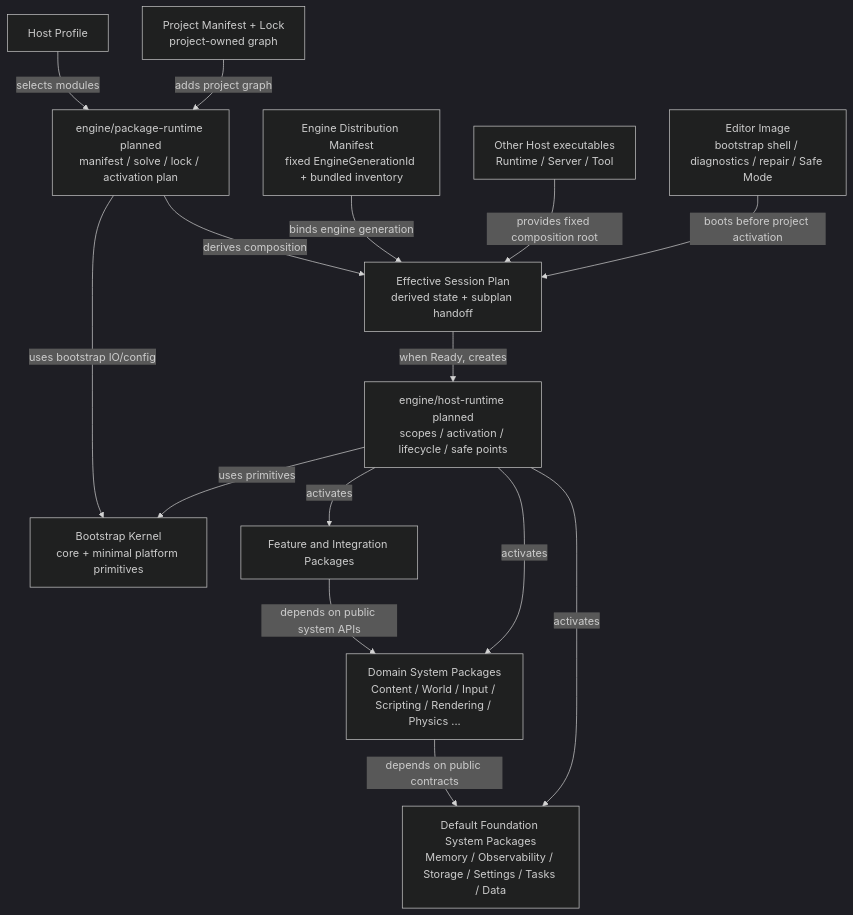
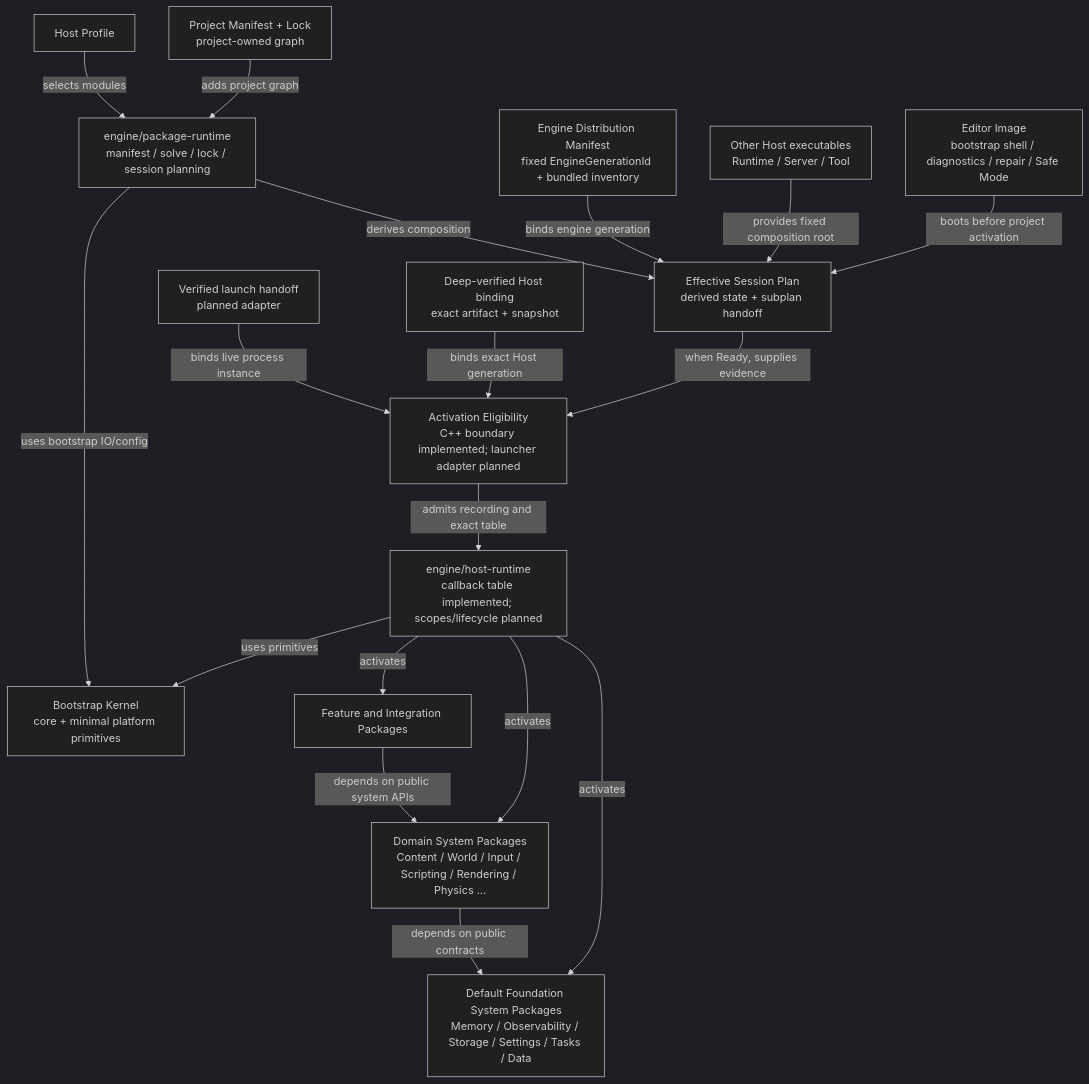
One commit to 66six11/Engine changed the first of 4 diagrams in docs/architecture/foundation-framework.md. Above: the diagram before and after it, drawn with Mermaid (dark theme). The commit also changed other lines of this file and 32 other files, not shown here.

Commit message:
feat: admit current-process factory activation

````diff
--- a/docs/architecture/foundation-framework.md
+++ b/docs/architecture/foundation-framework.md
@@ -27,30 +27,36 @@
 ```mermaid
 flowchart TB
     EditorImage["Editor Image\nbootstrap shell / diagnostics / repair / Safe Mode"]
     Apps["Other Host executables\nRuntime / Server / Tool"]
     Distribution["Engine Distribution Manifest\nfixed EngineGenerationId + bundled inventory"]
     Project["Project Manifest + Lock\nproject-owned graph"]
     Profile["Host Profile"]
     Session["Effective Session Plan\nderived state + subplan handoff"]
-    Host["engine/host-runtime planned\nscopes / activation / lifecycle / safe points"]
-    Package["engine/package-runtime planned\nmanifest / solve / lock / activation plan"]
+    Binding["Deep-verified Host binding\nexact artifact + snapshot"]
+    Launch["Verified launch handoff\nplanned adapter"]
+    Eligibility["Activation Eligibility\nC++ boundary implemented; launcher adapter planned"]
+    Host["engine/host-runtime\ncallback table implemented; scopes/lifecycle planned"]
+    Package["engine/package-runtime\nmanifest / solve / lock / session planning"]
     Kernel["Bootstrap Kernel\ncore + minimal platform primitives"]
     Foundation["Default Foundation System Packages\nMemory / Observability / Storage / Settings / Tasks / Data"]
     Domain["Domain System Packages\nContent / World / Input / Scripting / Rendering / Physics ..."]
     Features["Feature and Integration Packages"]
 
     EditorImage -->|boots before project activation| Session
     Apps -->|provides fixed composition root| Session
     Distribution -->|binds engine generation| Session
     Project -->|adds project graph| Package
     Profile -->|selects modules| Package
     Package -->|derives composition| Session
-    Session -->|when Ready, creates| Host
+    Session -->|when Ready, supplies evidence| Eligibility
+    Binding -->|binds exact Host generation| Eligibility
+    Launch -->|binds live process instance| Eligibility
+    Eligibility -->|admits recording and exact table| Host
     Host -->|uses primitives| Kernel
     Host -->|activates| Foundation
     Host -->|activates| Domain
     Host -->|activates| Features
     Package -->|uses bootstrap IO/config| Kernel
     Domain -->|depends on public contracts| Foundation
     Features -->|depends on public system APIs| Domain
 ```
````
